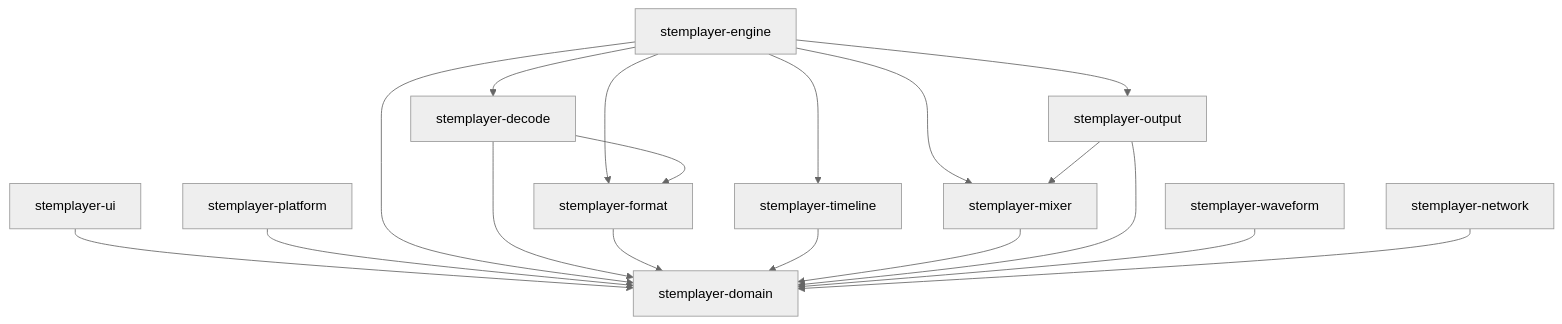
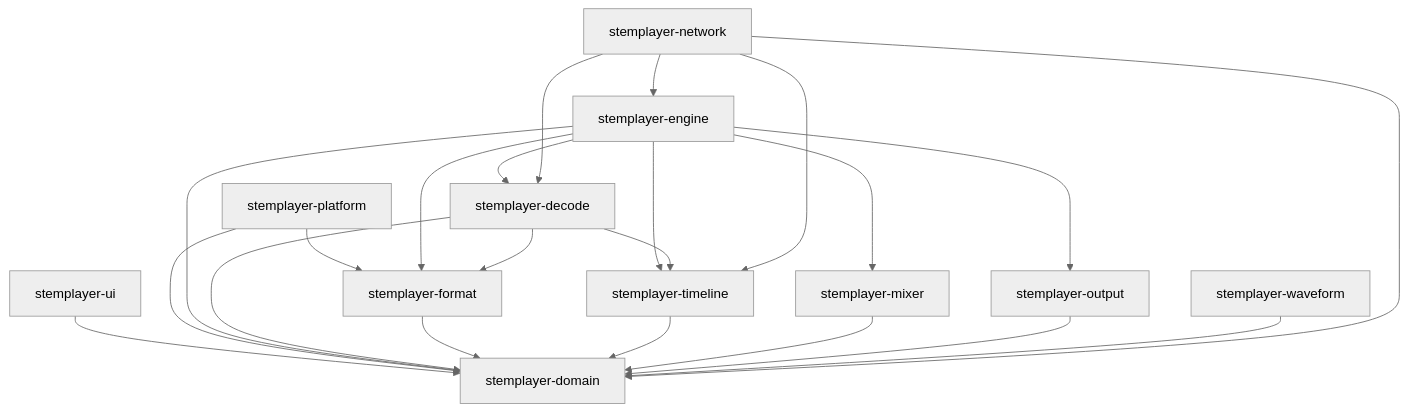
One commit to ODevStudio/stemplayer-native changed the diagram in docs/architecture/crate-responsibilities.md. Above: the diagram before and after it, drawn with Mermaid (neutral theme). The commit also changed other lines of this file and 17 other files, not shown here.

````diff
--- a/docs/architecture/crate-responsibilities.md
+++ b/docs/architecture/crate-responsibilities.md
@@ -5,20 +5,24 @@
 ```mermaid
 graph TD
     UI[stemplayer-ui] --> Domain[stemplayer-domain]
     Platform[stemplayer-platform] --> Domain
+    Platform --> Format
     Engine[stemplayer-engine] --> Domain
     Engine --> Timeline[stemplayer-timeline]
     Engine --> Format[stemplayer-format]
     Engine --> Decode[stemplayer-decode]
     Engine --> Mixer[stemplayer-mixer]
     Engine --> Output[stemplayer-output]
     Decode --> Format
     Decode --> Domain
+    Decode --> Timeline
     Format --> Domain
     Timeline --> Domain
     Mixer --> Domain
     Output --> Domain
-    Output --> Mixer
     Waveform[stemplayer-waveform] --> Domain
     Network[stemplayer-network] --> Domain
+    Network --> Decode
+    Network --> Engine
+    Network --> Timeline
 ```
````
